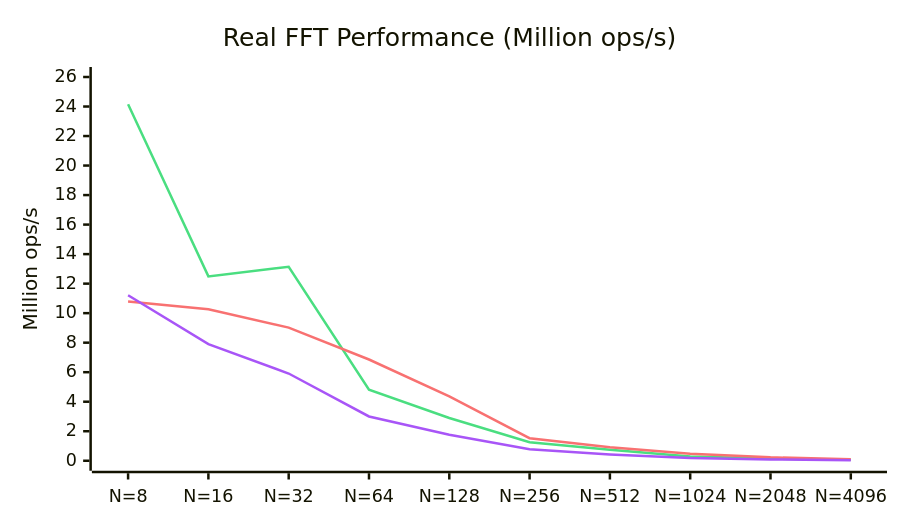
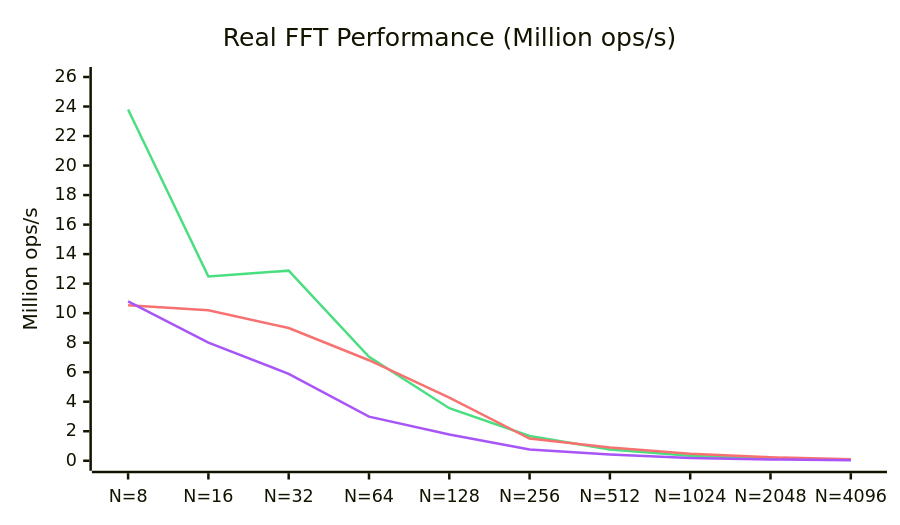
Before and after one commit to EmNudge/wat-fft: the second of 2 diagrams in README.md, drawn with Mermaid. The commit also changed other lines of this file and 5 other files, not shown here.

````diff
--- a/README.md
+++ b/README.md
@@ -64,18 +64,18 @@
 ```mermaid
 ---
 config:
     xyChart:
         width: 700
         height: 400
     themeVariables:
         xyChart:
             plotColorPalette: "#4ade80, #f87171, #a855f7"
 ---
 xychart-beta
     title "Real FFT Performance (Million ops/s)"
     x-axis [N=8, N=16, N=32, N=64, N=128, N=256, N=512, N=1024, N=2048, N=4096]
     y-axis "Million ops/s" 0 --> 26
-    line [24.16, 12.49, 13.14, 4.81, 2.90, 1.26, 0.74, 0.28, 0.15, 0.06]
-    line [10.79, 10.27, 9.02, 6.86, 4.36, 1.53, 0.92, 0.48, 0.23, 0.11]
-    line [11.21, 7.90, 5.91, 3.00, 1.76, 0.78, 0.43, 0.18, 0.09, 0.04]
+    line [23.80, 12.48, 12.88, 7.04, 3.56, 1.68, 0.76, 0.34, 0.16, 0.06]
+    line [10.53, 10.19, 8.99, 6.81, 4.28, 1.50, 0.90, 0.47, 0.23, 0.11]
+    line [10.80, 8.00, 5.89, 2.99, 1.78, 0.76, 0.43, 0.18, 0.09, 0.04]
 ```
````
